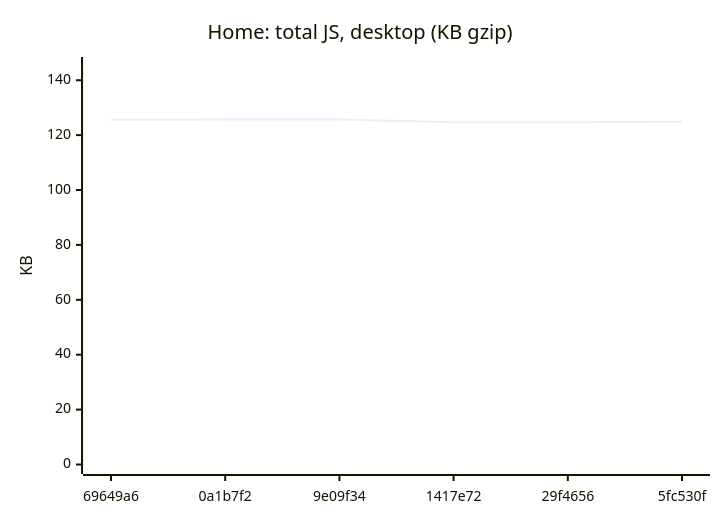
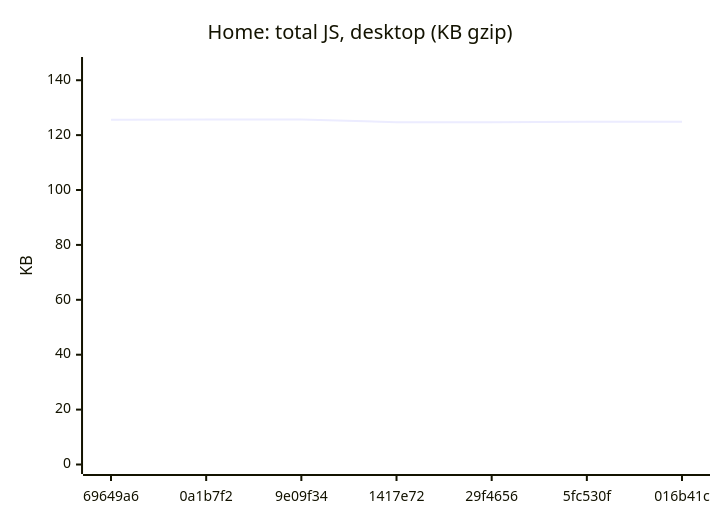
One commit to AxelUser/maltsev.space changed the first of 18 diagrams in README.md. Above: the diagram before and after it, drawn with Mermaid. The commit also changed other lines of this file and 1 other file, not shown here.

````diff
--- a/README.md
+++ b/README.md
@@ -35,7 +35,7 @@
 ```mermaid
 xychart-beta
   title "Home: total JS, desktop (KB gzip)"
-  x-axis ["69649a6", "0a1b7f2", "9e09f34", "1417e72", "29f4656", "5fc530f"]
+  x-axis ["69649a6", "0a1b7f2", "9e09f34", "1417e72", "29f4656", "5fc530f", "016b41c"]
   y-axis "KB" 0 --> 145
-  line [125.6, 125.7, 125.7, 124.7, 124.7, 124.9]
+  line [125.6, 125.7, 125.7, 124.7, 124.7, 124.9, 124.9]
 ```
````
